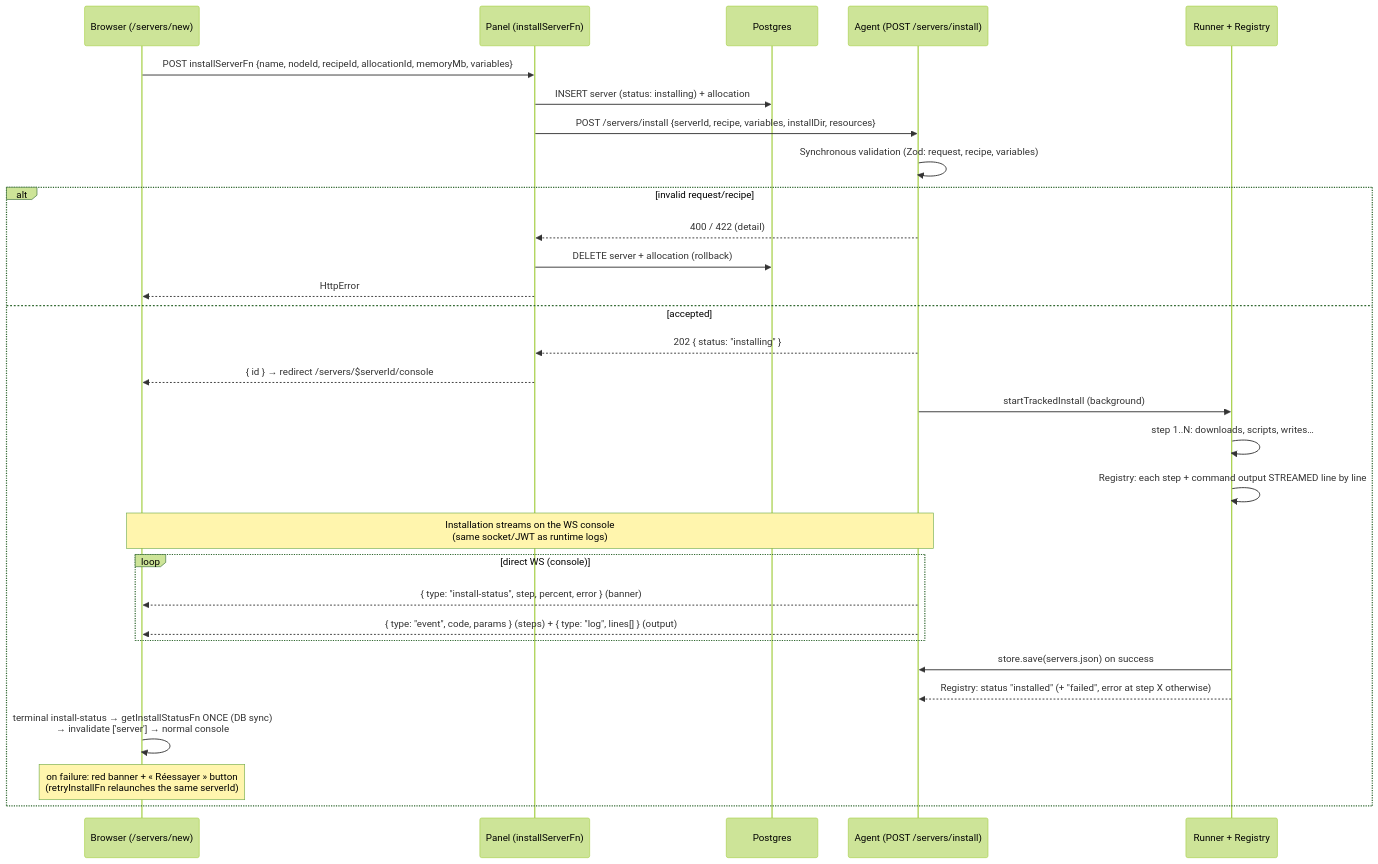
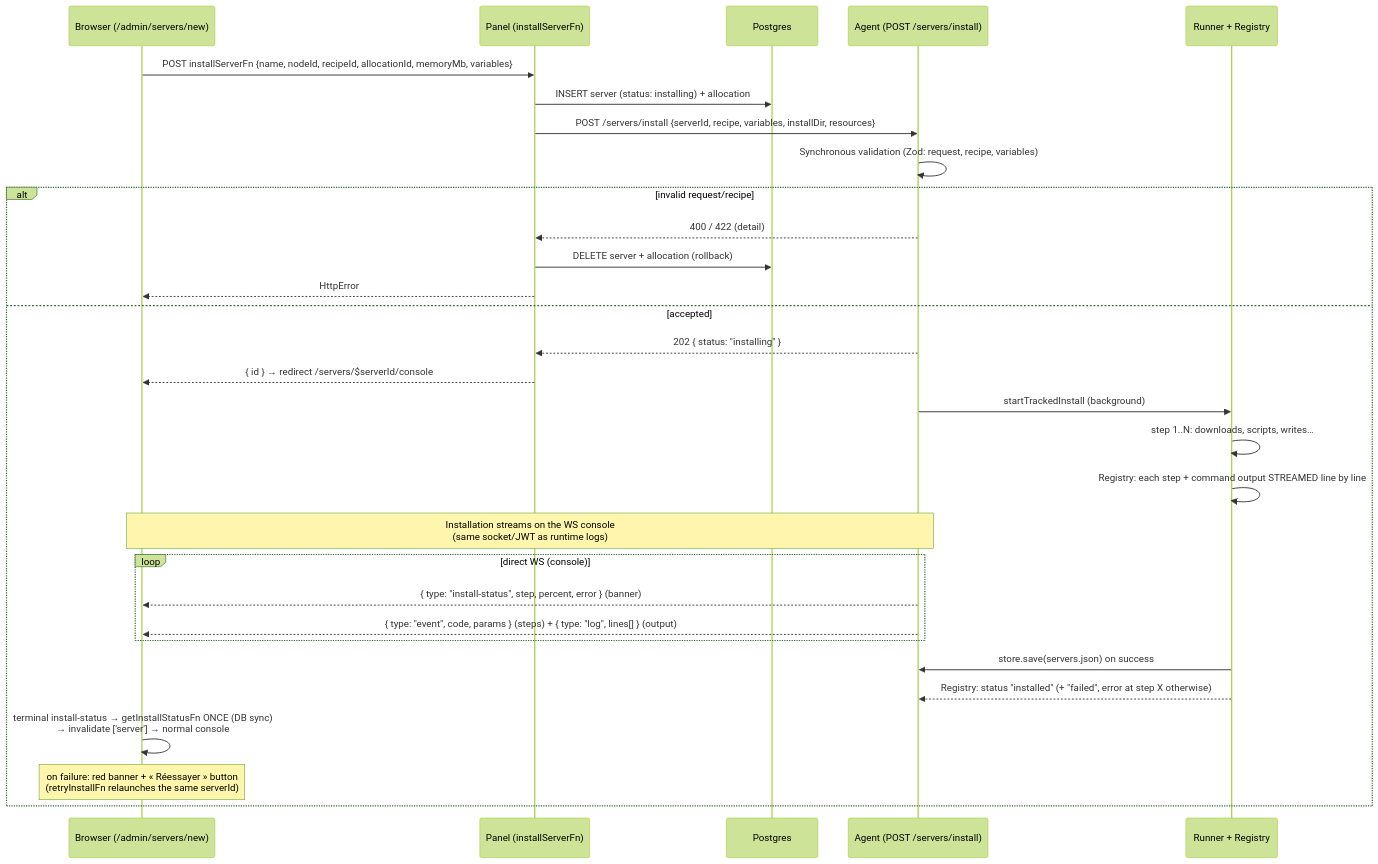
The third of 9 diagrams in docs/communications.md (mojito-panel/panel), drawn with Mermaid (forest theme) before and after one commit. The commit also changed 5 other files, not shown here.

First line of the commit message:
refactor(routes): move server creation into the admin area (/admin/servers/new)

````diff
--- a/docs/communications.md
+++ b/docs/communications.md
@@ -78,33 +78,33 @@
 ```mermaid
 sequenceDiagram
-    participant N as Browser (/servers/new)
+    participant N as Browser (/admin/servers/new)
     participant P as Panel (installServerFn)
     participant D as Postgres
     participant A as Agent (POST /servers/install)
     participant R as Runner + Registry
 
     N->>P: POST installServerFn {name, nodeId, recipeId, allocationId, memoryMb, variables}
     P->>D: INSERT server (status: installing) + allocation
     P->>A: POST /servers/install {serverId, recipe, variables, installDir, resources}
     A->>A: Synchronous validation (Zod: request, recipe, variables)
     alt invalid request/recipe
         A-->>P: 400 / 422 (detail)
         P->>D: DELETE server + allocation (rollback)
         P-->>N: HttpError
     else accepted
         A-->>P: 202 { status: "installing" }
         P-->>N: { id } → redirect /servers/$serverId/console
         A->>R: startTrackedInstall (background)
         R->>R: step 1..N: downloads, scripts, writes…
         R->>R: Registry: each step + command output STREAMED line by line
         Note over N,A: Installation streams on the WS console<br/>(same socket/JWT as runtime logs)
         loop direct WS (console)
             A-->>N: { type: "install-status", step, percent, error } (banner)
             A-->>N: { type: "event", code, params } (steps) + { type: "log", lines[] } (output)
         end
         R->>A: store.save(servers.json) on success
         R-->>A: Registry: status "installed" (+ "failed", error at step X otherwise)
         N->>N: terminal install-status → getInstallStatusFn ONCE (DB sync)<br/>→ invalidate ['server'] → normal console
         Note over N: on failure: red banner + « Réessayer » button<br/>(retryInstallFn relaunches the same serverId)
     end
 ```
````
